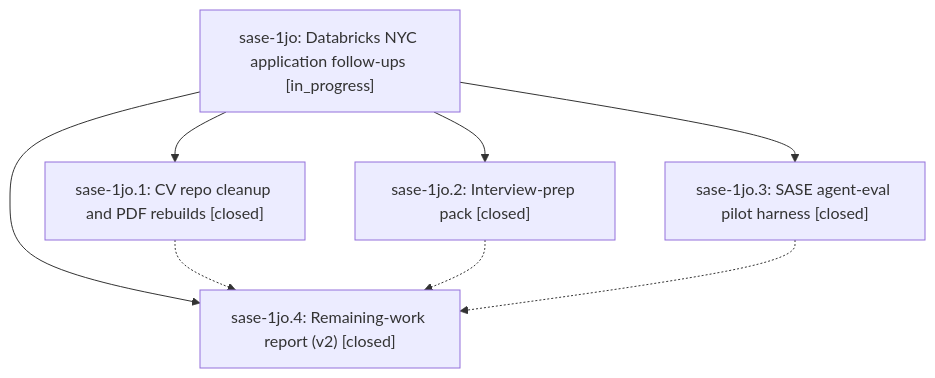
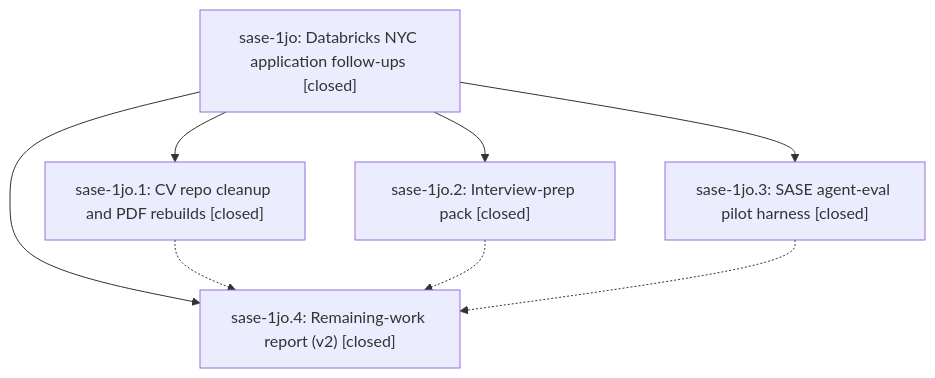
One commit to sase-org/sase--beads changed the diagram in pages/sase-1jo/README.md. Above: the diagram before and after it, drawn with Mermaid. The commit also changed other lines of this file and 4 other files, not shown here.

````diff
--- a/pages/sase-1jo/README.md
+++ b/pages/sase-1jo/README.md
@@ -39,15 +65,15 @@
 ```mermaid
 flowchart TD
-    n0["sase-1jo: Databricks NYC application follow-ups [in_progress]"]
+    n0["sase-1jo: Databricks NYC application follow-ups [closed]"]
     n1["sase-1jo.1: CV repo cleanup and PDF rebuilds [closed]"]
     n2["sase-1jo.2: Interview-prep pack [closed]"]
     n3["sase-1jo.3: SASE agent-eval pilot harness [closed]"]
     n4["sase-1jo.4: Remaining-work report (v2) [closed]"]
     n0 --> n1
     n0 --> n2
     n0 --> n3
     n0 --> n4
     n1 -.-> n4
     n2 -.-> n4
     n3 -.-> n4
 ```
````
